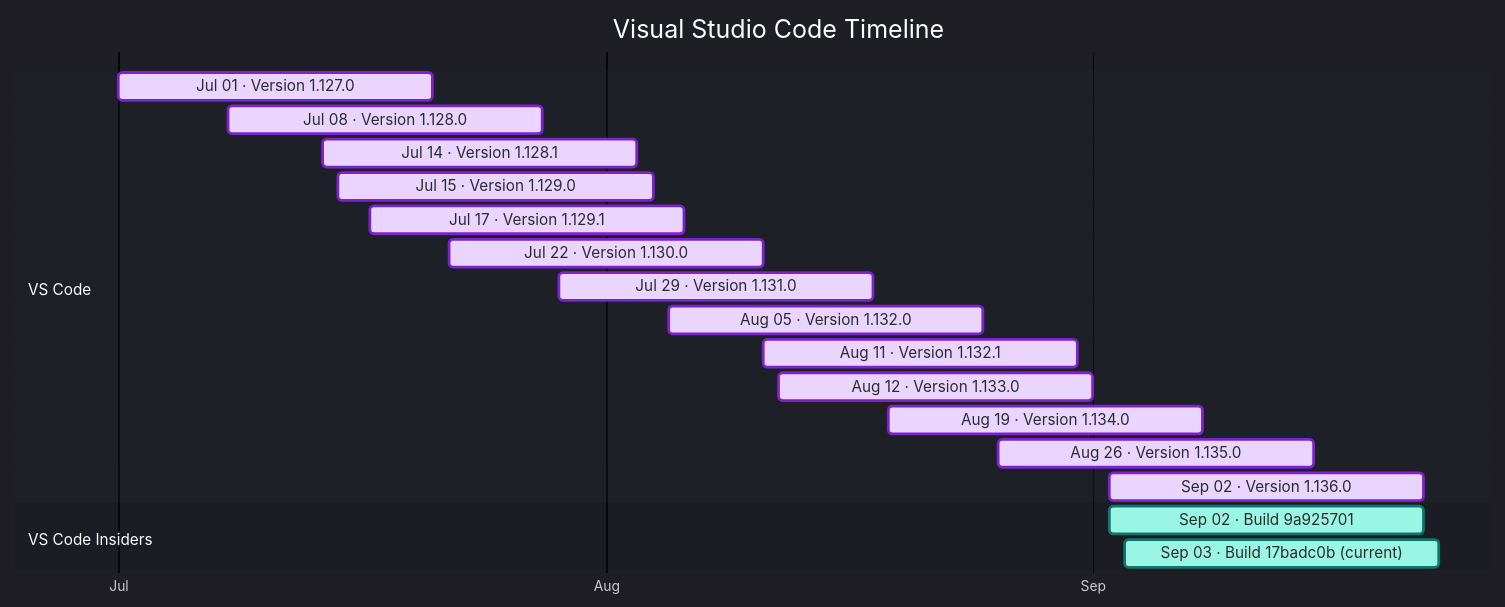
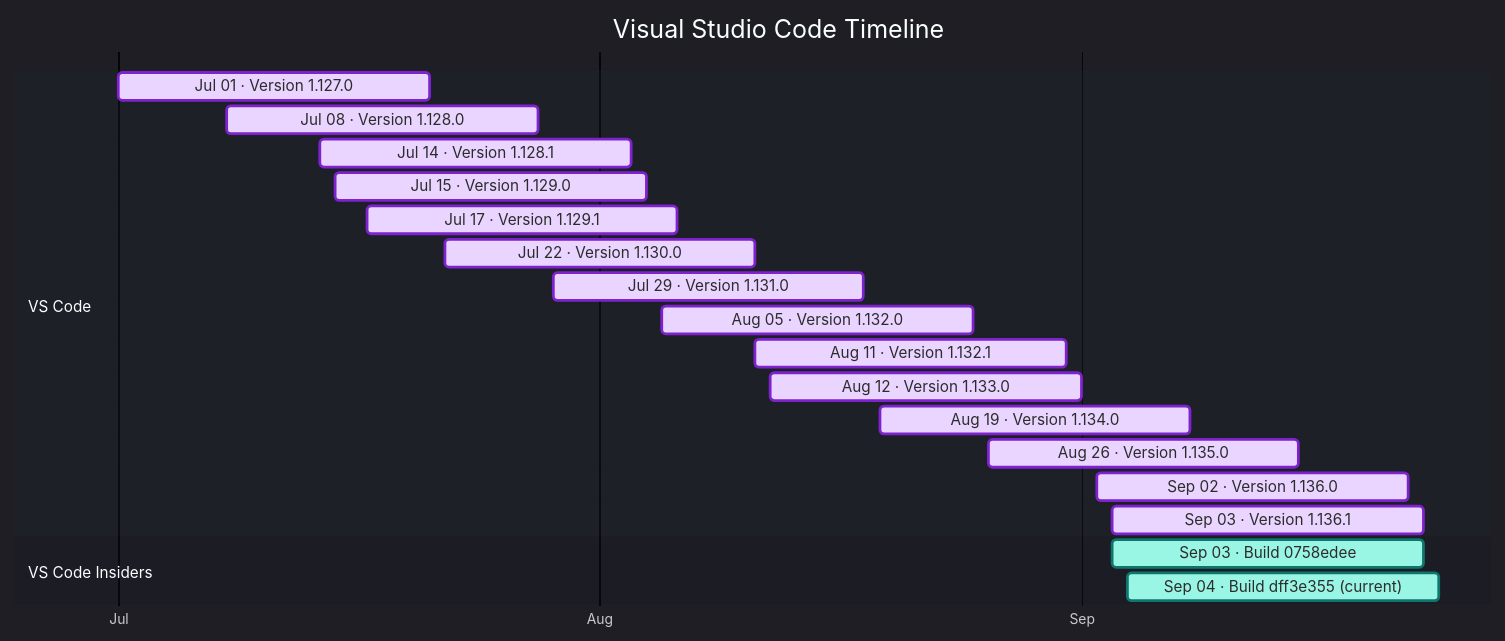
One commit to Oxelya-DevTools/VisualStudioUpdate changed the diagram in docs/vscode.md. Above: the diagram before and after it, drawn with Mermaid. The commit also changed other lines of this file and 1 other file, not shown here.

````diff
--- a/docs/vscode.md
+++ b/docs/vscode.md
@@ -9,25 +9,26 @@
 ```mermaid
 %%{init: {'theme':'dark','themeVariables': { 'fontFamily': 'Segoe UI', 'fontSize': '24px', 'textColor': '#F3F4F6', 'titleTextColor': '#FFFFFF', 'taskTextColor': '#111827', 'taskTextLightColor': '#111827', 'taskTextOutsideColor': '#F3F4F6', 'taskBkgColor': '#BAE6FD', 'taskBorderColor': '#0369A1', 'doneTaskBkgColor': '#E9D5FF', 'doneTaskBorderColor': '#7E22CE', 'activeTaskBkgColor': '#99F6E4', 'activeTaskBorderColor': '#0F766E', 'critTaskBkgColor': '#FED7AA', 'critTaskBorderColor': '#C2410C', 'sectionBkgColor': '#1F2937', 'altSectionBkgColor': '#111827', 'gridColor': '#4B5563', 'todayLineColor': '#F87171' }}}%%
 gantt
     title Visual Studio Code Timeline
     dateFormat  YYYY-MM-DD
     axisFormat  %b
     tickInterval 1month
     section VS Code
     Jul 01 · Version 1.127.0 : done, vscode202607010, 2026-07-01, 20d
     Jul 08 · Version 1.128.0 : done, vscode202607081, 2026-07-08, 20d
     Jul 14 · Version 1.128.1 : done, vscode202607142, 2026-07-14, 20d
     Jul 15 · Version 1.129.0 : done, vscode202607153, 2026-07-15, 20d
     Jul 17 · Version 1.129.1 : done, vscode202607174, 2026-07-17, 20d
     Jul 22 · Version 1.130.0 : done, vscode202607225, 2026-07-22, 20d
     Jul 29 · Version 1.131.0 : done, vscode202607296, 2026-07-29, 20d
     Aug 05 · Version 1.132.0 : done, vscode202608057, 2026-08-05, 20d
     Aug 11 · Version 1.132.1 : done, vscode202608118, 2026-08-11, 20d
     Aug 12 · Version 1.133.0 : done, vscode202608129, 2026-08-12, 20d
     Aug 19 · Version 1.134.0 : done, vscode2026081910, 2026-08-19, 20d
     Aug 26 · Version 1.135.0 : done, vscode2026082611, 2026-08-26, 20d
     Sep 02 · Version 1.136.0 : done, vscode2026090212, 2026-09-02, 20d
+    Sep 03 · Version 1.136.1 : done, vscode2026090313, 2026-09-03, 20d
     section VS Code Insiders
-    Sep 02 · Build 9a925701 : active, vscodeinsiders202609020, 2026-09-02, 20d
-    Sep 03 · Build 17badc0b (current) : active, vscodeinsiders202609031, 2026-09-03, 20d
+    Sep 03 · Build 0758edee : active, vscodeinsiders202609030, 2026-09-03, 20d
+    Sep 04 · Build dff3e355 (current) : active, vscodeinsiders202609041, 2026-09-04, 20d
 ```
````
